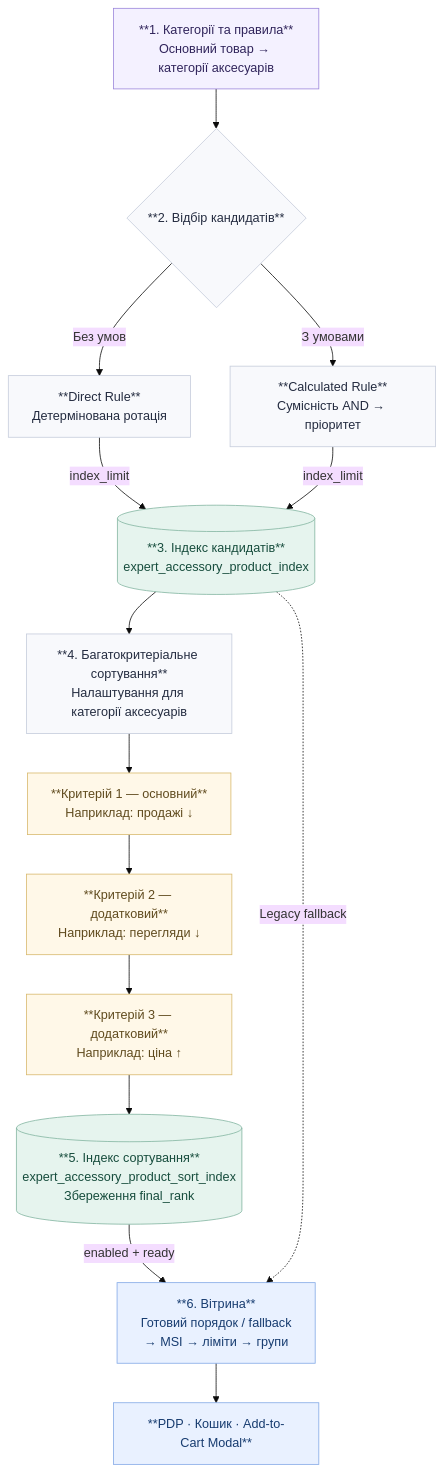
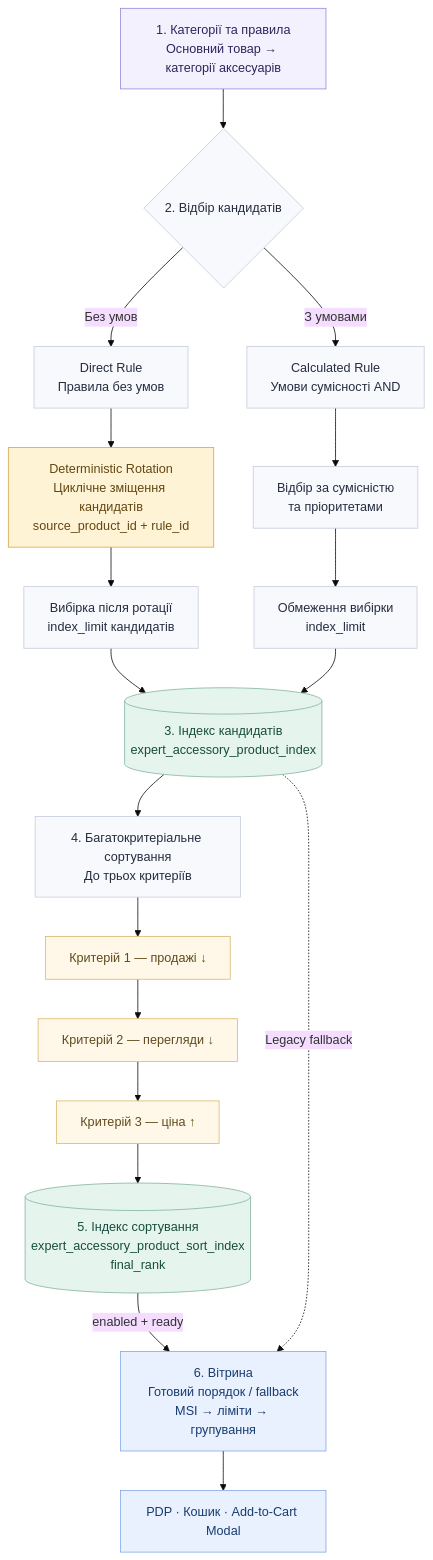
Before and after one commit to tviggyr/expert-docs: the diagram in docs/published/backend/accessories/accessories-processing-pipeline.md, drawn with Mermaid (base theme). The commit also changed 5 other files, not shown here.

````diff
--- a/docs/published/backend/accessories/accessories-processing-pipeline.md
+++ b/docs/published/backend/accessories/accessories-processing-pipeline.md
@@ -8,47 +8,52 @@
 ```mermaid
 flowchart TB
-    A["**1. Категорії та правила**<br/>Основний товар → категорії аксесуарів"]
-    B{"**2. Відбір кандидатів**"}
-    D["**Direct Rule**<br/>Детермінована ротація"]
-    C["**Calculated Rule**<br/>Сумісність AND → пріоритет"]
-    I[("**3. Індекс кандидатів**<br/>expert_accessory_product_index")]
+    A["1. Категорії та правила<br/>Основний товар → категорії аксесуарів"]
+    B{"2. Відбір кандидатів"}
 
-    R["**4. Багатокритеріальне сортування**<br/>Налаштування для категорії аксесуарів"]
+    D["Direct Rule<br/>Правила без умов"]
+    R["Deterministic Rotation<br/>Циклічне зміщення кандидатів<br/>source_product_id + rule_id"]
+    DL["Вибірка після ротації<br/>index_limit кандидатів"]
 
-    K1["**Критерій 1 — основний**<br/>Наприклад: продажі ↓"]
-    K2["**Критерій 2 — додатковий**<br/>Наприклад: перегляди ↓"]
-    K3["**Критерій 3 — додатковий**<br/>Наприклад: ціна ↑"]
+    C["Calculated Rule<br/>Умови сумісності AND"]
+    CP["Відбір за сумісністю<br/>та пріоритетами"]
+    CL["Обмеження вибірки<br/>index_limit"]
 
-    P[("**5. Індекс сортування**<br/>expert_accessory_product_sort_index<br/>Збереження final_rank")]
+    I[("3. Індекс кандидатів<br/>expert_accessory_product_index")]
 
-    S["**6. Вітрина**<br/>Готовий порядок / fallback<br/>→ MSI → ліміти → групи"]
-    O["**PDP · Кошик · Add-to-Cart Modal**"]
+    M["4. Багатокритеріальне сортування<br/>До трьох критеріїв"]
+    K1["Критерій 1 — продажі ↓"]
+    K2["Критерій 2 — перегляди ↓"]
+    K3["Критерій 3 — ціна ↑"]
+
+    P[("5. Індекс сортування<br/>expert_accessory_product_sort_index<br/>final_rank")]
+
+    S["6. Вітрина<br/>Готовий порядок / fallback<br/>MSI → ліміти → групування"]
+    O["PDP · Кошик · Add-to-Cart Modal"]
 
     A --> B
     B -->|Без умов| D
     B -->|З умовами| C
-    D -->|index_limit| I
-    C -->|index_limit| I
 
-    I --> R
-    R --> K1
-    K1 --> K2
-    K2 --> K3
-    K3 --> P
+    D --> R --> DL --> I
+    C --> CP --> CL --> I
 
+    I --> M
+    M --> K1 --> K2 --> K3 --> P
     P -->|enabled + ready| S
     I -.->|Legacy fallback| S
     S --> O
 
     classDef input fill:#f4f1ff,stroke:#9b85db,color:#30245b
     classDef logic fill:#f8f9fc,stroke:#c5ccdb,color:#242c40
+    classDef rotation fill:#fff3d6,stroke:#d6a34b,color:#634713
     classDef index fill:#e6f4ee,stroke:#82b5a0,color:#174d3d
+    classDef criterion fill:#fff8e8,stroke:#d8b96d,color:#604b1e
     classDef runtime fill:#e9f1ff,stroke:#82a8e6,color:#173c70
-    classDef criterion fill:#fff8e8,stroke:#d8b96d,color:#604b1e
 
     class A input
-    class B,C,D,R logic
+    class B,D,DL,C,CP,CL,M logic
+    class R rotation
     class I,P index
     class K1,K2,K3 criterion
     class S,O runtime
 ```
````
